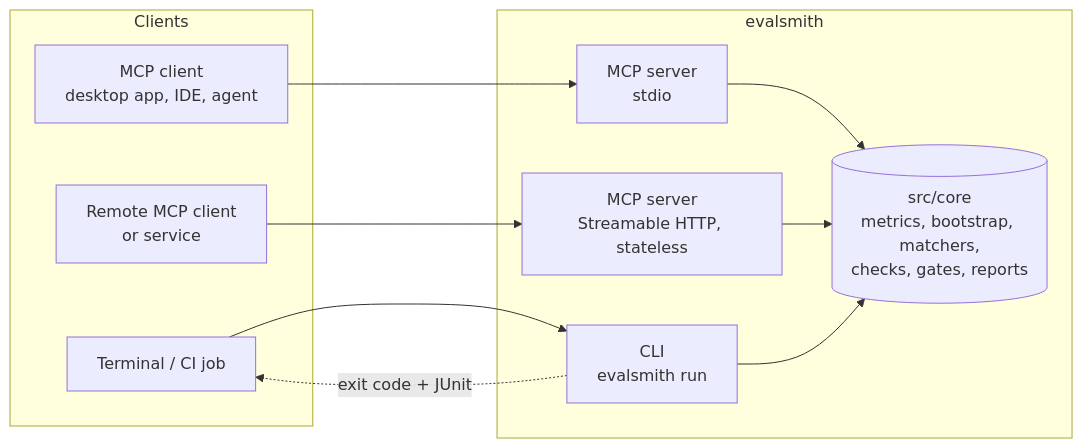
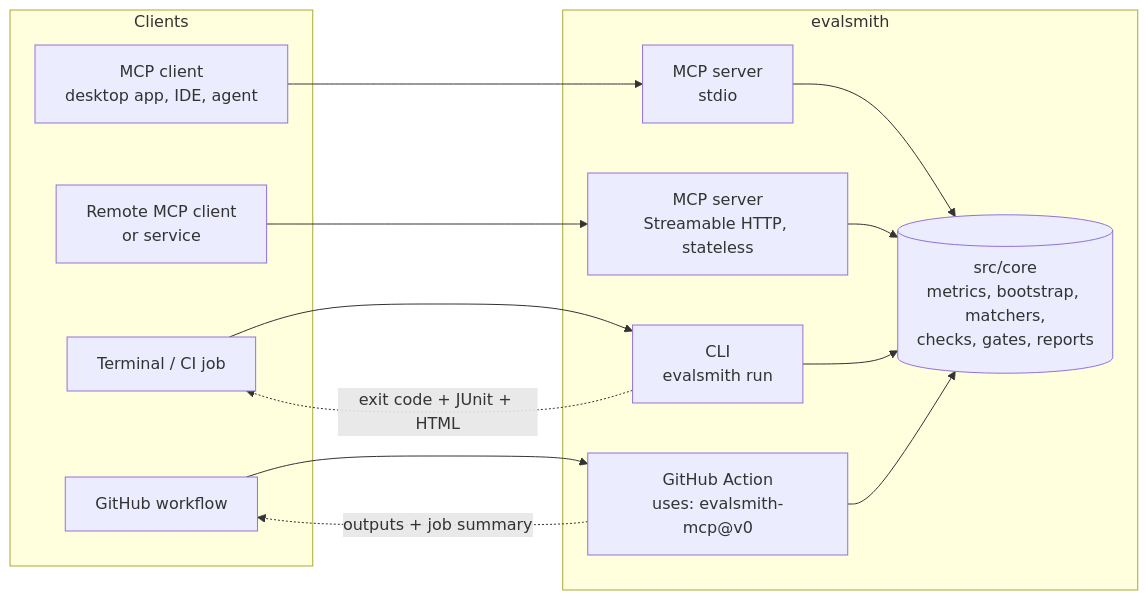
One commit to diegoperezg7/evalsmith-mcp changed the first of 4 diagrams in README.md. Above: the diagram before and after it, drawn with Mermaid. The commit also changed other lines of this file and 5 other files, not shown here.

Commit message:
Document the HTML report and the GitHub Action, with screenshots

````diff
--- a/README.md
+++ b/README.md
@@ -36,18 +36,22 @@
 ```mermaid
 flowchart LR
     subgraph Clients
         A[MCP client<br/>desktop app, IDE, agent]
         B[Remote MCP client<br/>or service]
         C[Terminal / CI job]
+        D[GitHub workflow]
     end
     subgraph evalsmith
         S1[MCP server<br/>stdio]
         S2[MCP server<br/>Streamable HTTP, stateless]
         S3[CLI<br/>evalsmith run]
+        S4[GitHub Action<br/>uses: evalsmith-mcp@v0]
         CORE[(src/core<br/>metrics, bootstrap, matchers,<br/>checks, gates, reports)]
     end
     A --> S1 --> CORE
     B --> S2 --> CORE
     C --> S3 --> CORE
-    S3 -. exit code + JUnit .-> C
+    D --> S4 --> CORE
+    S3 -. exit code + JUnit + HTML .-> C
+    S4 -. outputs + job summary .-> D
 ```
````
